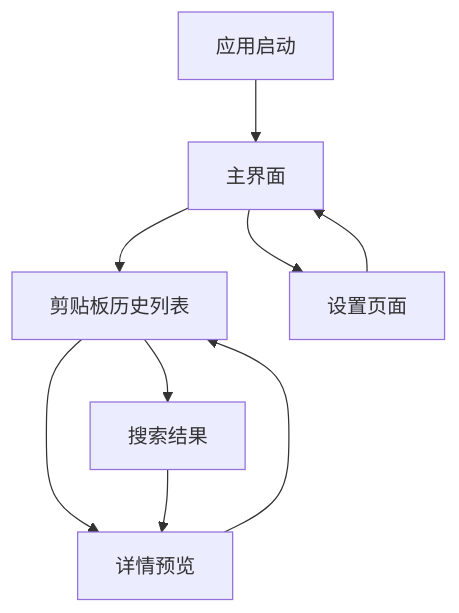
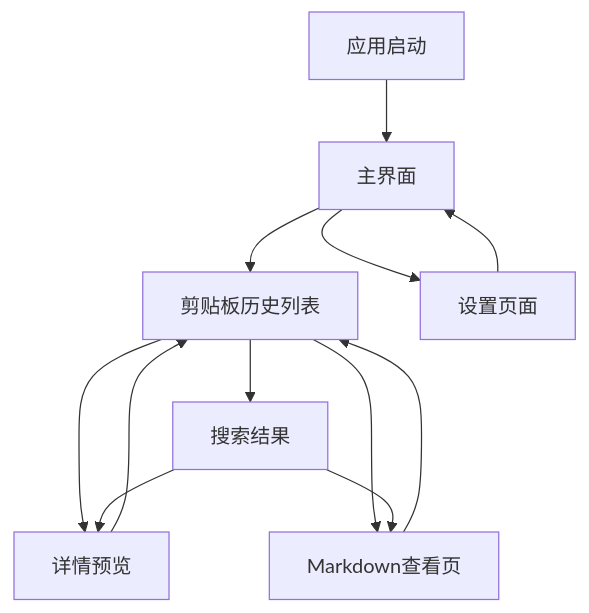
Before and after one commit to Liu-xc/clipboard-viewer: the diagram in .trae/documents/clipboard-viewer-prd.md, drawn with Mermaid. The commit also changed other lines of this file and 13 other files, not shown here.

````diff
--- a/.trae/documents/clipboard-viewer-prd.md
+++ b/.trae/documents/clipboard-viewer-prd.md
@@ -41,11 +47,14 @@
 ```mermaid
 graph TD
   A[应用启动] --> B[主界面]
   B --> C[剪贴板历史列表]
   C --> D[详情预览]
+  C --> G[Markdown查看页]
   B --> E[设置页面]
   C --> F[搜索结果]
   F --> D
+  F --> G
   D --> C
+  G --> C
   E --> B
 ```
````
